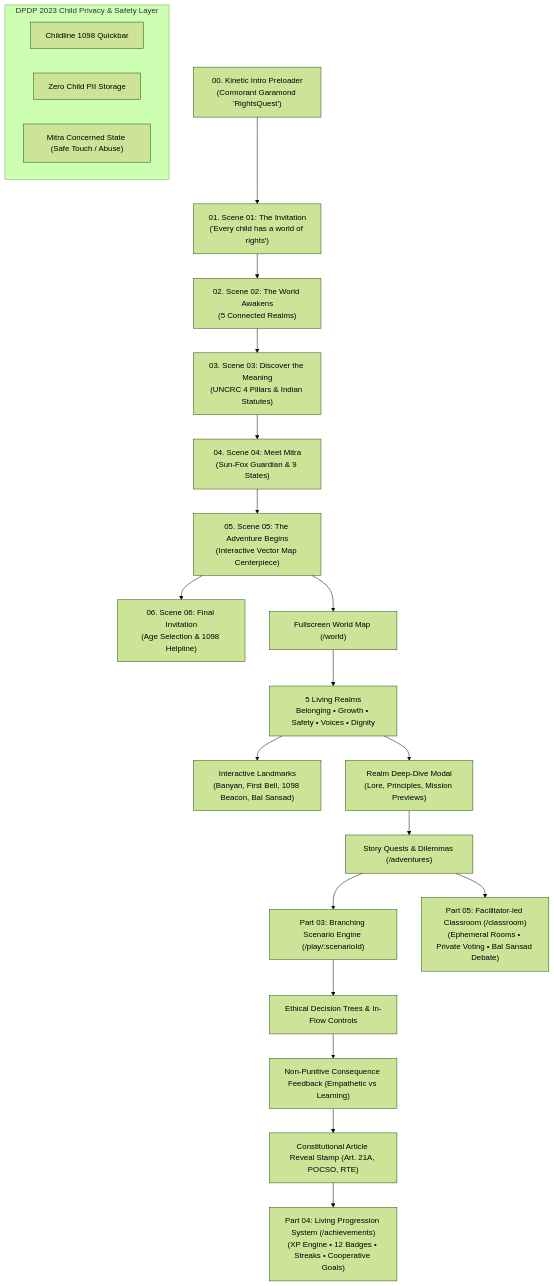
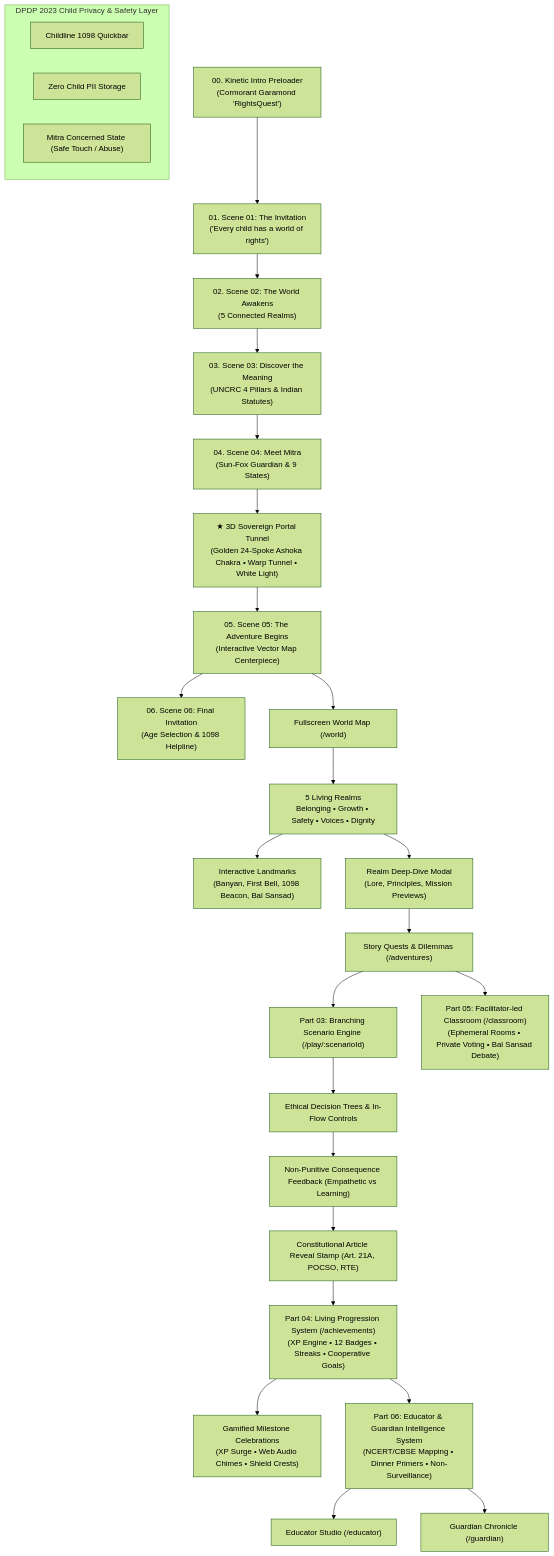
One commit to VaradAnnadate/MajorProject changed the diagram in docs/README.md. Above: the diagram before and after it, drawn with Mermaid (forest theme). The commit also changed other lines of this file and 4 other files, not shown here.

Commit message:
docs: update architectural deep dive, master roadmap, and readme for 3D sovereign gateway

````diff
--- a/docs/README.md
+++ b/docs/README.md
@@ -9,27 +9,32 @@
 ```mermaid
 flowchart TD
     Intro["00. Kinetic Intro Preloader<br/>(Cormorant Garamond 'RightsQuest')"] --> Hero["01. Scene 01: The Invitation<br/>('Every child has a world of rights')"]
     Hero --> Parallax["02. Scene 02: The World Awakens<br/>(5 Connected Realms)"]
     Parallax --> Metaphor["03. Scene 03: Discover the Meaning<br/>(UNCRC 4 Pillars & Indian Statutes)"]
     Metaphor --> Companion["04. Scene 04: Meet Mitra<br/>(Sun-Fox Guardian & 9 States)"]
-    Companion --> MapPortal["05. Scene 05: The Adventure Begins<br/>(Interactive Vector Map Centerpiece)"]
+    Companion --> Gateway3D["★ 3D Sovereign Portal Tunnel<br/>(Golden 24-Spoke Ashoka Chakra • Warp Tunnel • White Light)"]
+    Gateway3D --> MapPortal["05. Scene 05: The Adventure Begins<br/>(Interactive Vector Map Centerpiece)"]
     MapPortal --> FinalCTA["06. Scene 06: Final Invitation<br/>(Age Selection & 1098 Helpline)"]
 
     MapPortal --> WorldPage["Fullscreen World Map (/world)"]
     WorldPage --> Realms["5 Living Realms<br/>Belonging • Growth • Safety • Voices • Dignity"]
     Realms --> Landmarks["Interactive Landmarks<br/>(Banyan, First Bell, 1098 Beacon, Bal Sansad)"]
     Realms --> Modal["Realm Deep-Dive Modal<br/>(Lore, Principles, Mission Previews)"]
     Modal --> Adventures["Story Quests & Dilemmas (/adventures)"]
     Adventures --> Gameplay["Part 03: Branching Scenario Engine (/play/:scenarioId)"]
     Gameplay --> Choices["Ethical Decision Trees & In-Flow Controls"]
     Choices --> Consequence["Non-Punitive Consequence Feedback (Empathetic vs Learning)"]
     Consequence --> ArticleStamp["Constitutional Article Reveal Stamp (Art. 21A, POCSO, RTE)"]
     ArticleStamp --> Progression["Part 04: Living Progression System (/achievements)<br/>(XP Engine • 12 Badges • Streaks • Cooperative Goals)"]
+    Progression --> Milestones["Gamified Milestone Celebrations<br/>(XP Surge • Web Audio Chimes • Shield Crests)"]
     Adventures --> Classroom["Part 05: Facilitator-led Classroom (/classroom)<br/>(Ephemeral Rooms • Private Voting • Bal Sansad Debate)"]
+    Progression --> Intelligence["Part 06: Educator & Guardian Intelligence System<br/>(NCERT/CBSE Mapping • Dinner Primers • Non-Surveillance)"]
+    Intelligence --> Educator["Educator Studio (/educator)"]
+    Intelligence --> Guardian["Guardian Chronicle (/guardian)"]
     
     subgraph Safeguards ["DPDP 2023 Child Privacy & Safety Layer"]
         Helpline["Childline 1098 Quickbar"]
         ZeroPII["Zero Child PII Storage"]
         MascotSafeguard["Mitra Concerned State (Safe Touch / Abuse)"]
     end
 ```
````
